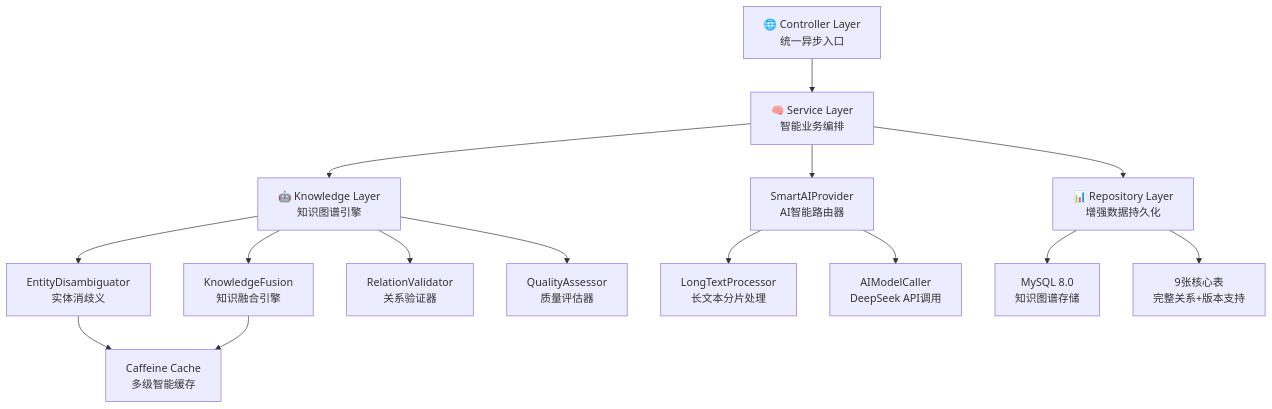
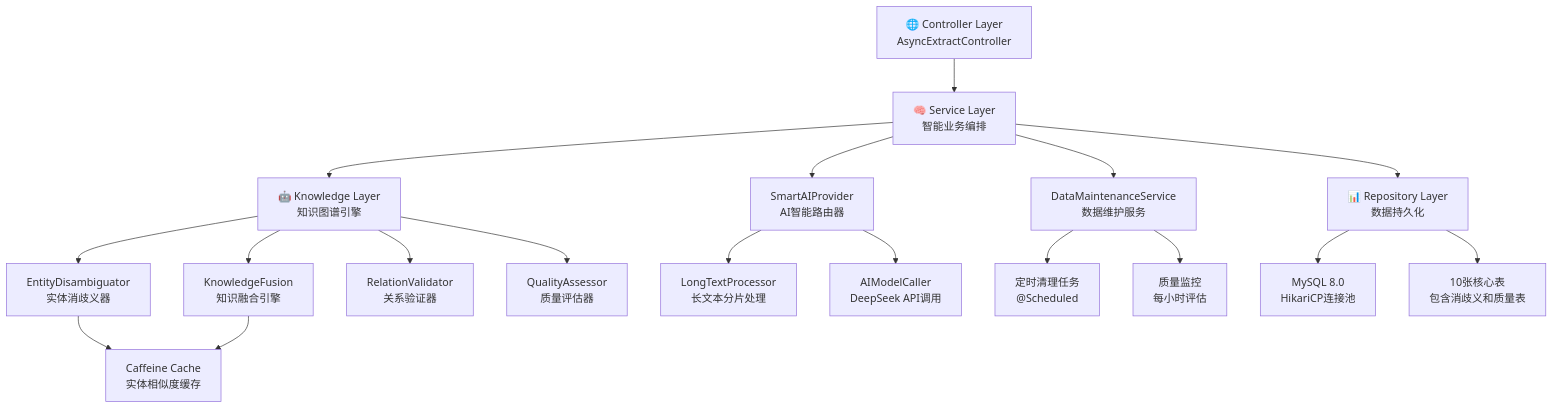
Before and after one commit to jimeswei/extract-service: the diagram in doc/系统架构设计文档.md, drawn with Mermaid. The commit also changed other lines of this file and 30 other files, not shown here.

````diff
--- a/doc/系统架构设计文档.md
+++ b/doc/系统架构设计文档.md
@@ -28,21 +33,25 @@
 ```mermaid
 graph TD
-    A["🌐 Controller Layer<br/>统一异步入口"] --> B["🧠 Service Layer<br/>智能业务编排"]
+    A["🌐 Controller Layer<br/>AsyncExtractController"] --> B["🧠 Service Layer<br/>智能业务编排"]
     B --> C["🤖 Knowledge Layer<br/>知识图谱引擎"]
-    B --> D["📊 Repository Layer<br/>增强数据持久化"]
+    B --> D["📊 Repository Layer<br/>数据持久化"]
     
-    C --> E["EntityDisambiguator<br/>实体消歧义"]
+    C --> E["EntityDisambiguator<br/>实体消歧义器"]
     C --> F["KnowledgeFusion<br/>知识融合引擎"]
     C --> G["RelationValidator<br/>关系验证器"]
     C --> H["QualityAssessor<br/>质量评估器"]
     
     B --> I["SmartAIProvider<br/>AI智能路由器"]
     I --> J["LongTextProcessor<br/>长文本分片处理"]
     I --> K["AIModelCaller<br/>DeepSeek API调用"]
     
-    E --> L["Caffeine Cache<br/>多级智能缓存"]
-    F --> L
+    B --> L["DataMaintenanceService<br/>数据维护服务"]
+    L --> M["定时清理任务<br/>@Scheduled"]
+    L --> N["质量监控<br/>每小时评估"]
     
-    D --> M["MySQL 8.0<br/>知识图谱存储"]
-    D --> N["9张核心表<br/>完整关系+版本支持"]
+    D --> O["MySQL 8.0<br/>HikariCP连接池"]
+    D --> P["10张核心表<br/>包含消歧义和质量表"]
+    
+    E --> Q["Caffeine Cache<br/>实体相似度缓存"]
+    F --> Q
 ```
````
